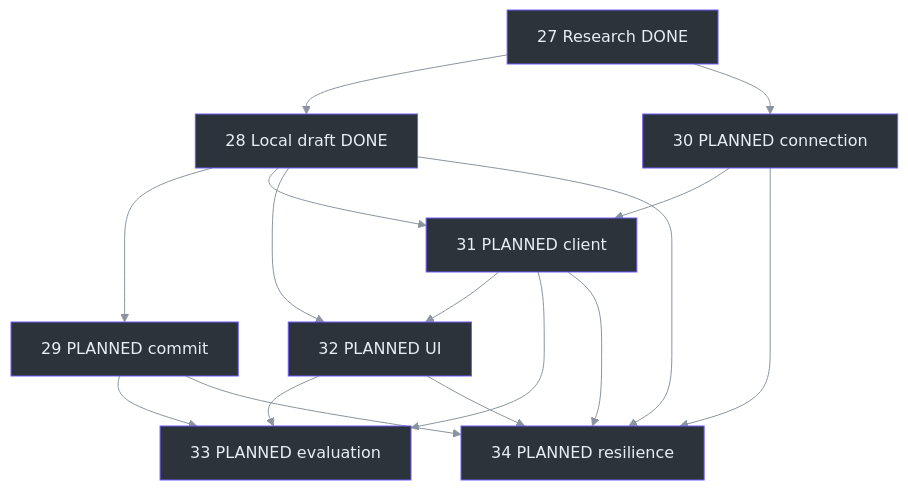
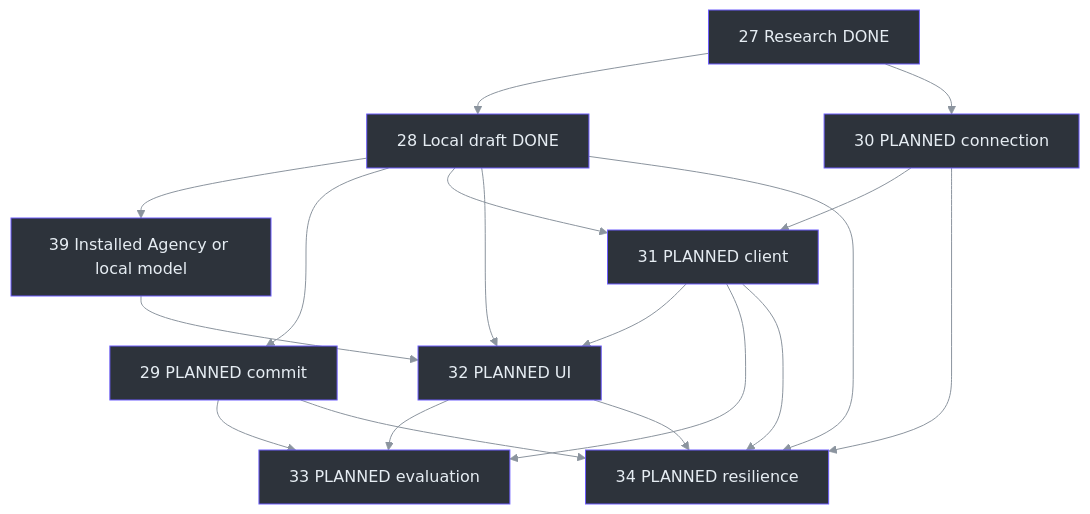
Before and after one commit to Zanark/phantom-fudge: the third of 3 diagrams in docs/handbook/21-evidence-and-roadmap.md, drawn with Mermaid. The commit also changed other lines of this file and 116 other files, not shown here.

Commit message:
making interaction with local LLM models possible via Agency

````diff
--- a/docs/handbook/21-evidence-and-roadmap.md
+++ b/docs/handbook/21-evidence-and-roadmap.md
@@ -184,36 +185,39 @@
 ```mermaid
 ---
 config:
   theme: base
   themeVariables:
     lineColor: "#8b949e"
     textColor: "#e6edf3"
 ---
 flowchart TB
     accTitle: PLANNED answer workstream dependencies
     accDescr: Research and local drafts are complete, while commit, connection, streaming answers, evaluation and resilience remain planned.
     Research["27 Research DONE"] --> Draft["28 Local draft DONE"]
+    Draft --> Installed["39 Installed Agency or local model"]
+    Installed --> UI
     Research --> Auth["30 PLANNED connection"]
     Draft --> Commit["29 PLANNED commit"]
     Draft --> Client["31 PLANNED client"]
     Auth --> Client
     Draft --> UI["32 PLANNED UI"]
     Client --> UI
     Commit --> Measure["33 PLANNED evaluation"]
     Client --> Measure
     UI --> Measure
     Draft --> Resilience["34 PLANNED resilience"]
     Commit --> Resilience
     Auth --> Resilience
     Client --> Resilience
     UI --> Resilience
     style Research fill:#2d333b,stroke:#6d5dfc,color:#e6edf3
     style Draft fill:#2d333b,stroke:#6d5dfc,color:#e6edf3
+    style Installed fill:#2d333b,stroke:#6d5dfc,color:#e6edf3
     style Auth fill:#2d333b,stroke:#6d5dfc,color:#e6edf3
     style Commit fill:#2d333b,stroke:#6d5dfc,color:#e6edf3
     style Client fill:#2d333b,stroke:#6d5dfc,color:#e6edf3
     style UI fill:#2d333b,stroke:#6d5dfc,color:#e6edf3
     style Measure fill:#2d333b,stroke:#6d5dfc,color:#e6edf3
     style Resilience fill:#2d333b,stroke:#6d5dfc,color:#e6edf3
     linkStyle default stroke:#8b949e
 ```
````
